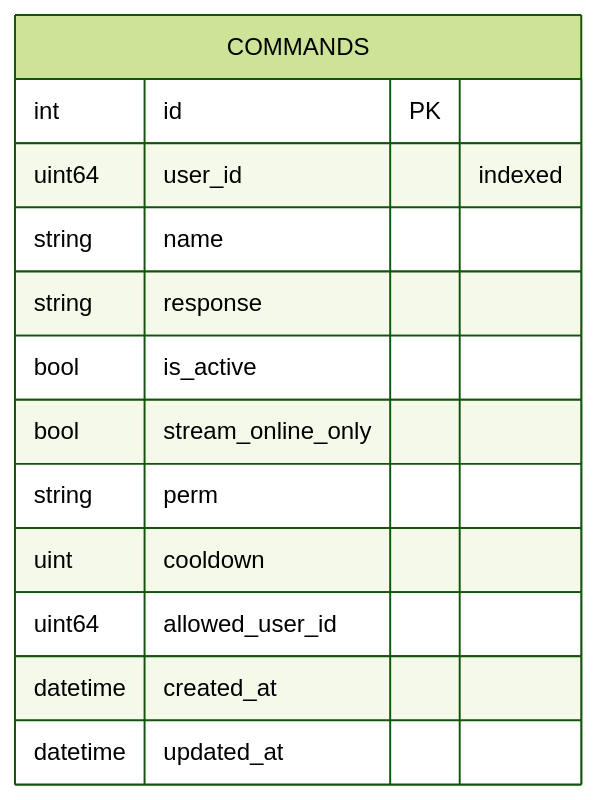
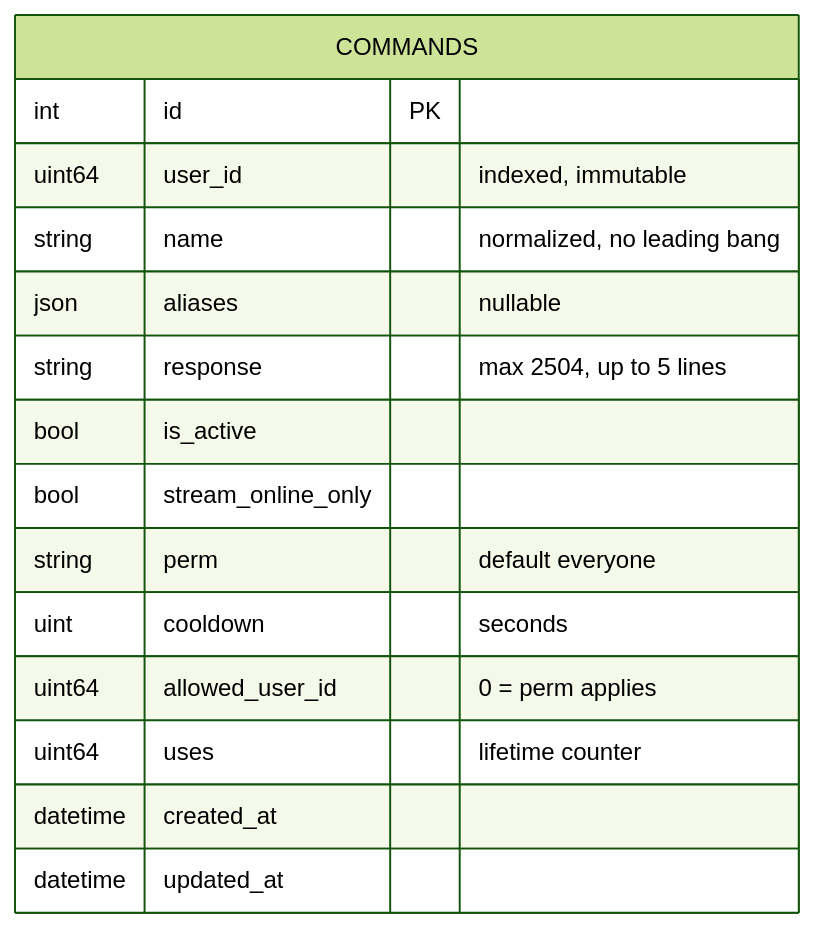
One commit to AdamOusmer/ItsBagelBot changed the third of 7 diagrams in docs/src/content/docs/data-and-state/database.md. Above: the diagram before and after it, drawn with Mermaid (forest theme). The commit also changed other lines of this file and 27 other files, not shown here.

````diff
--- a/docs/src/content/docs/data-and-state/database.md
+++ b/docs/src/content/docs/data-and-state/database.md
@@ -111,16 +169,18 @@
 ```mermaid
 erDiagram
     COMMANDS {
         int id PK
-        uint64 user_id "indexed"
-        string name
-        string response
+        uint64 user_id "indexed, immutable"
+        string name "normalized, no leading bang"
+        json aliases "nullable"
+        string response "max 2504, up to 5 lines"
         bool is_active
         bool stream_online_only
-        string perm
-        uint cooldown
-        uint64 allowed_user_id
+        string perm "default everyone"
+        uint cooldown "seconds"
+        uint64 allowed_user_id "0 = perm applies"
+        uint64 uses "lifetime counter"
         datetime created_at
         datetime updated_at
     }
 ```
````
